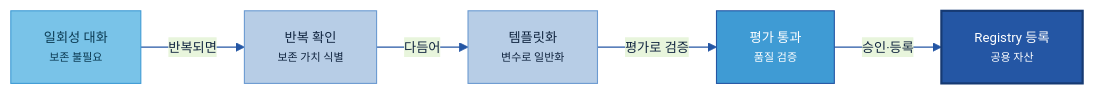
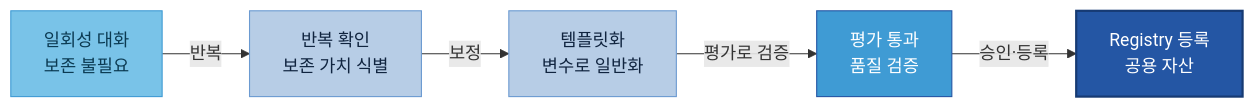
Before and after one commit to jin-kearney/ai-ready-data-manual: the second of 7 diagrams in 가이드 작성/D-3 Prompt_Harness 자산화/D-3 Prompt_Harness 자산화.md, drawn with Mermaid.

Commit message:
Update D-3 Prompt_Harness 자산화.md

````diff
--- a/가이드 작성/D-3 Prompt_Harness 자산화/D-3 Prompt_Harness 자산화.md
+++ b/가이드 작성/D-3 Prompt_Harness 자산화/D-3 Prompt_Harness 자산화.md
@@ -117,14 +117,24 @@
 ```mermaid
-%%{init: {'theme':'base','themeVariables':{'primaryColor':'#DCE8F5','primaryBorderColor':'#2456A4','primaryTextColor':'#10243f','lineColor':'#2456A4','fontSize':'12px'}}}%%
 flowchart LR
-    S1["일회성 대화<br/><small>보존 불필요</small>"]:::src
-    S2["반복 확인<br/><small>보존 가치 식별</small>"]:::n
-    S3["템플릿화<br/><small>변수로 일반화</small>"]:::n
-    S4["평가 통과<br/><small>품질 검증</small>"]:::gate
-    S5["Registry 등록<br/><small>공용 자산</small>"]:::cat
-    S1 -->|"반복되면"| S2 -->|"다듬어"| S3 -->|"평가로 검증"| S4 -->|"승인·등록"| S5
-    classDef src fill:#79C3E8,stroke:#3F9BD4,color:#0b3a52;
-    classDef n fill:#B7CDE6,stroke:#6B9AD1,color:#10243f;
-    classDef gate fill:#3F9BD4,stroke:#2456A4,color:#fff;
-    classDef cat fill:#2456A4,color:#fff,stroke:#163a73,stroke-width:2px;
+
+S1["일회성 대화<br/>보존 불필요"]
+S2["반복 확인<br/>보존 가치 식별"]
+S3["템플릿화<br/>변수로 일반화"]
+S4["평가 통과<br/>품질 검증"]
+S5["Registry 등록<br/>공용 자산"]
+
+S1 -->|반복| S2
+S2 -->|보정| S3
+S3 -->|평가로 검증| S4
+S4 -->|승인·등록| S5
+
+classDef src fill:#79C3E8,stroke:#3F9BD4,color:#0b3a52;
+classDef normal fill:#B7CDE6,stroke:#6B9AD1,color:#10243f;
+classDef gate fill:#3F9BD4,stroke:#2456A4,color:#ffffff;
+classDef registry fill:#2456A4,stroke:#163A73,stroke-width:2px,color:#ffffff;
+
+class S1 src;
+class S2,S3 normal;
+class S4 gate;
+class S5 registry;
 ```
````
